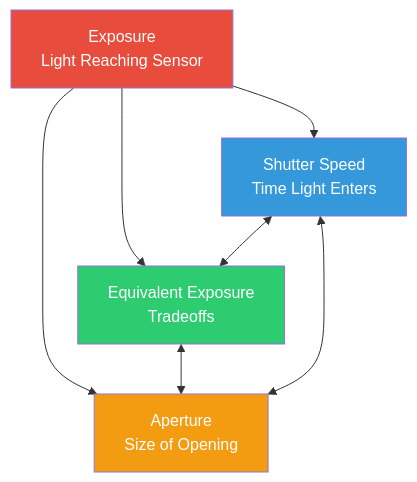
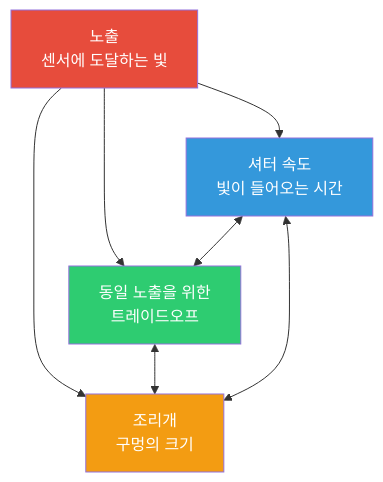
One commit to zoozooll/AndroidCameraParameters changed the diagram in website/i18n/ko/docusaurus-plugin-content-docs/current/camera2/exposure.md. Above: the diagram before and after it, drawn with Mermaid. The commit also changed other lines of this file and 378 other files, not shown here.

````diff
--- a/website/i18n/ko/docusaurus-plugin-content-docs/current/camera2/exposure.md
+++ b/website/i18n/ko/docusaurus-plugin-content-docs/current/camera2/exposure.md
@@ -14,13 +14,13 @@
 ```mermaid
 graph TD
-    A[Exposure<br/>Light Reaching Sensor] --> B[Shutter Speed<br/>Time Light Enters]
-    A --> C[ISO<br/>Sensor Sensitivity]
-    A --> D[Aperture<br/>Size of Opening]
-    B <--> C[Equivalent Exposure<br/>Tradeoffs]
+    A["노출<br/>센서에 도달하는 빛"] --> B["셔터 속도<br/>빛이 들어오는 시간"]
+    A --> C[ISO<br/>센서 감도]
+    A --> D[조리개<br/>구멍의 크기]
+    B <--> C[동일 노출을 위한<br/>트레이드오프]
     C <--> D
     B <--> D
     style A fill:#e74c3c,color:#fff
     style B fill:#3498db,color:#fff
     style C fill:#2ecc71,color:#fff
     style D fill:#f39c12,color:#fff
 ```
````
